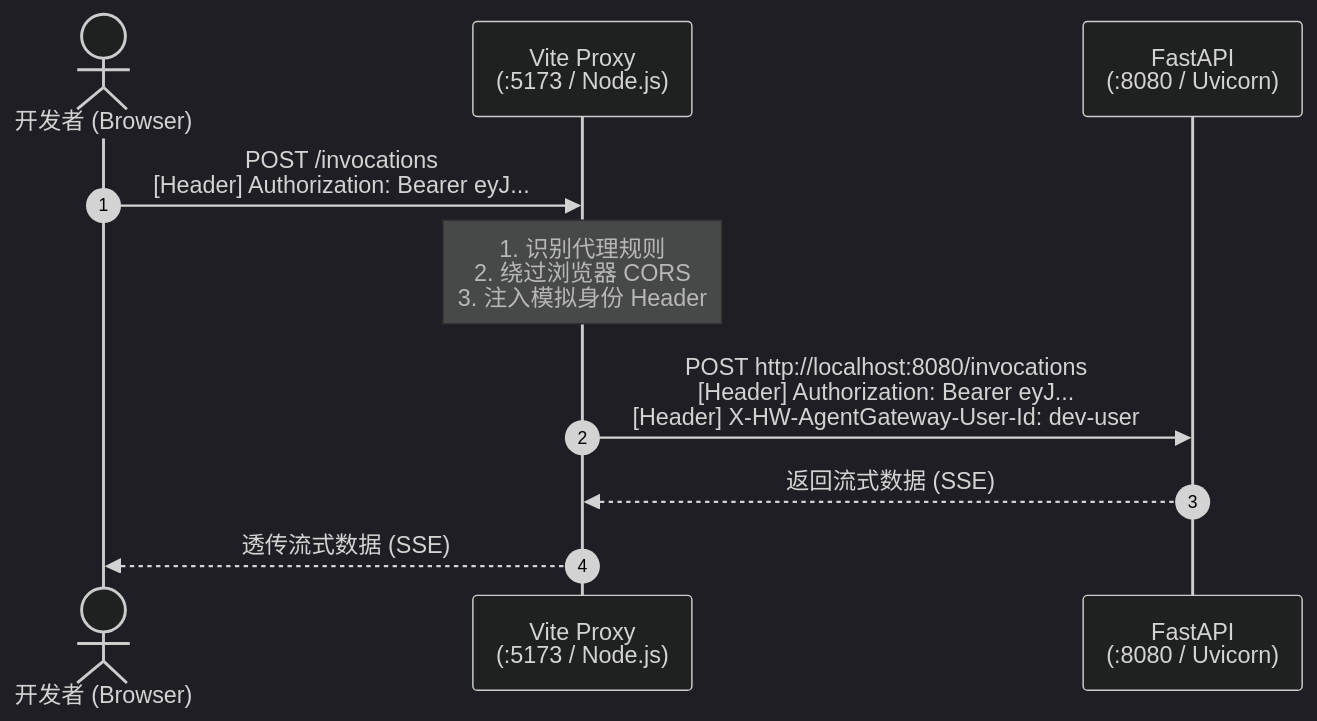
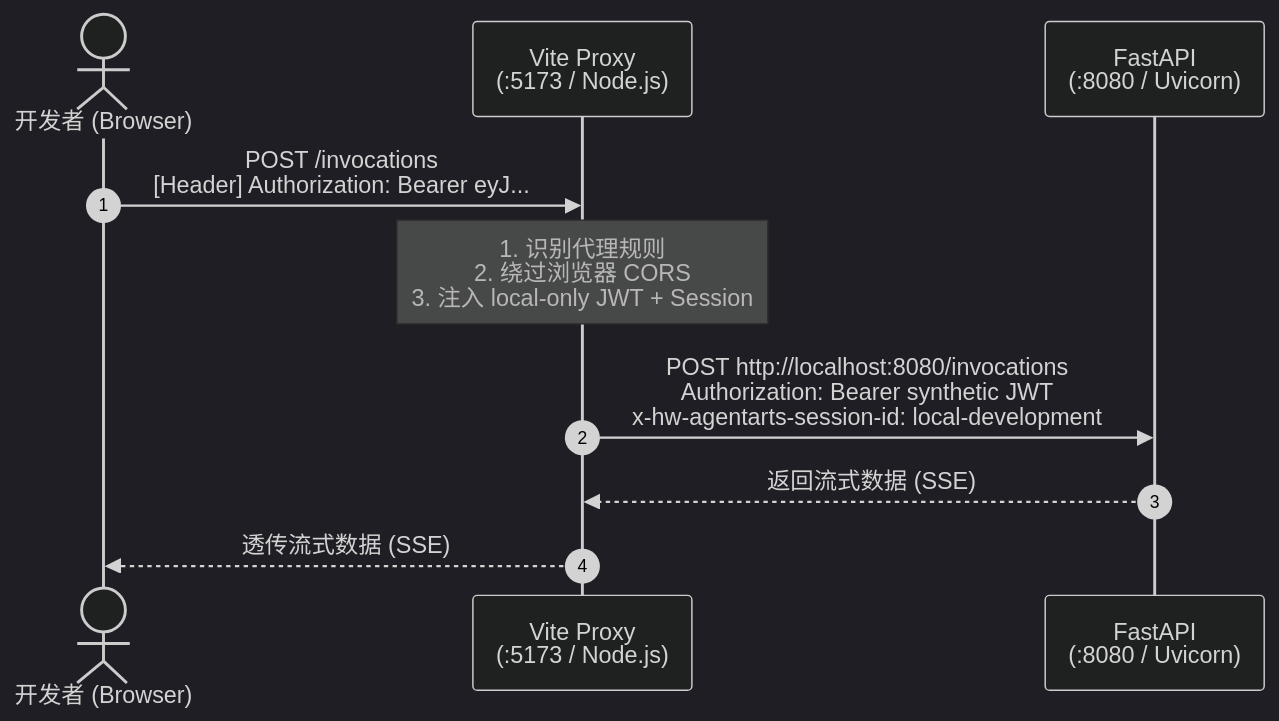
Before and after one commit to T-1009/personal-assistant: the third of 14 diagrams in personal-assistant-meta/architecture/frontend_architecture.md, drawn with Mermaid (dark theme). The commit also changed other lines of this file and 105 other files, not shown here.

````diff
--- a/personal-assistant-meta/architecture/frontend_architecture.md
+++ b/personal-assistant-meta/architecture/frontend_architecture.md
@@ -128,13 +140,13 @@
 ```mermaid
 sequenceDiagram
     autonumber
     actor User as 开发者 (Browser)
     participant Proxy as Vite Proxy<br/>(:5173 / Node.js)
     participant Backend as FastAPI<br/>(:8080 / Uvicorn)
 
     User->>Proxy: POST /invocations<br/>[Header] Authorization: Bearer eyJ...
-    Note over Proxy: 1. 识别代理规则<br/>2. 绕过浏览器 CORS<br/>3. 注入模拟身份 Header
-    Proxy->>Backend: POST http://localhost:8080/invocations<br/>[Header] Authorization: Bearer eyJ...<br/>[Header] X-HW-AgentGateway-User-Id: dev-user
+    Note over Proxy: 1. 识别代理规则<br/>2. 绕过浏览器 CORS<br/>3. 注入 local-only JWT + Session
+    Proxy->>Backend: POST http://localhost:8080/invocations<br/>Authorization: Bearer synthetic JWT<br/>x-hw-agentarts-session-id: local-development
     Backend-->>Proxy: 返回流式数据 (SSE)
     Proxy-->>User: 透传流式数据 (SSE)
 ```
````
